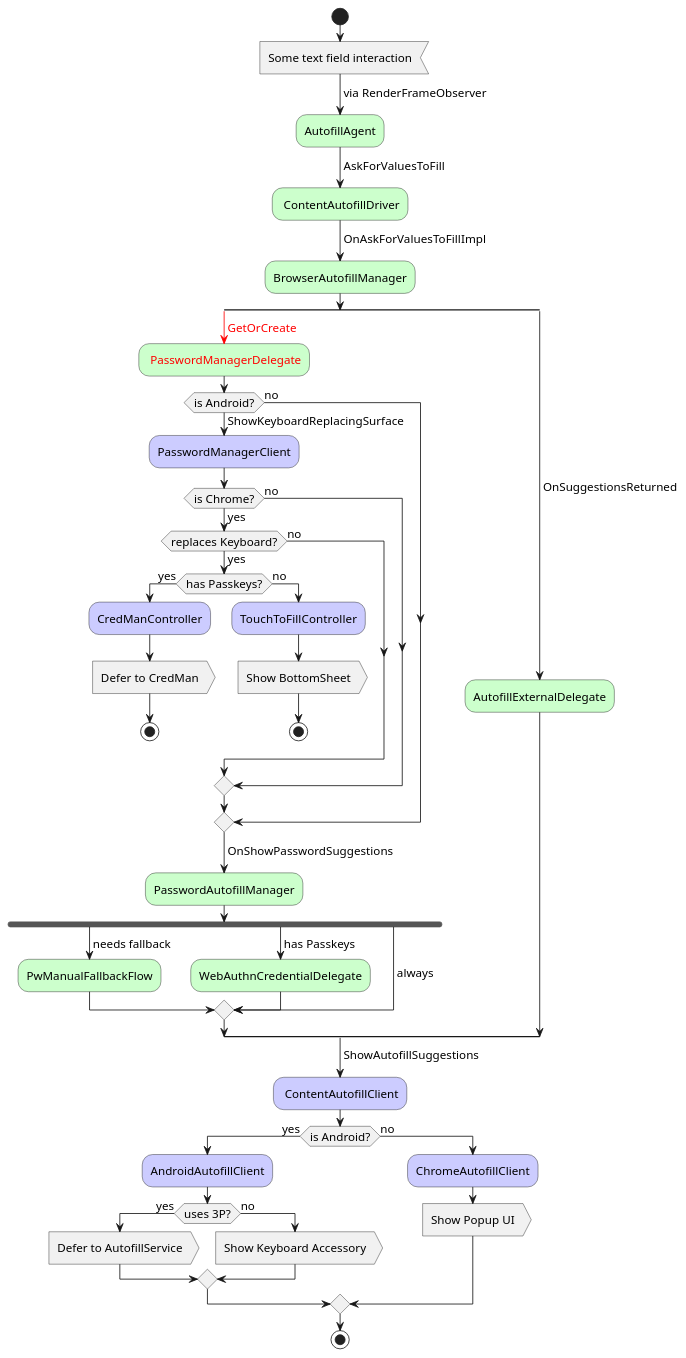
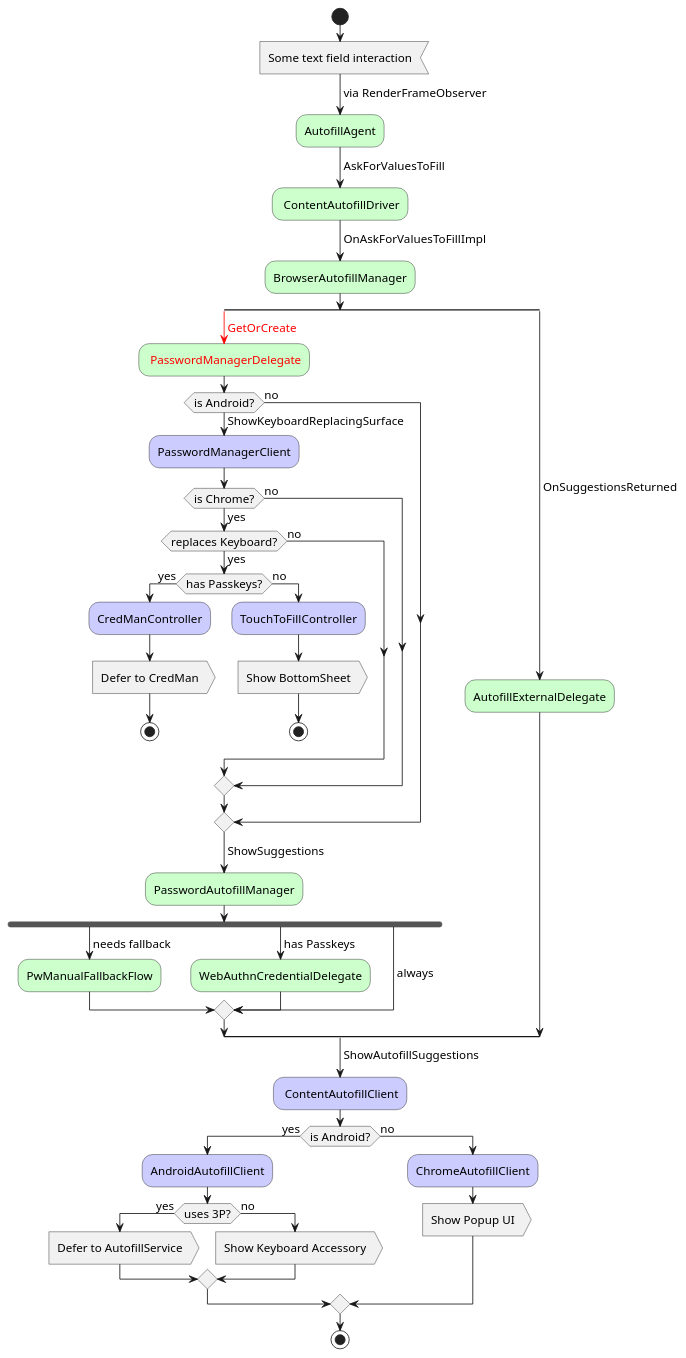
The diagram in components/autofill/core/browser/integrators/README_obj_suggestions.plantuml (benji-cannot-code/fast-vc-chromium-benchmark-run-4), drawn with PlantUML before and after one commit. The commit also changed 3 other files, not shown here.

First line of the commit message:
[Autofill] Merge OnShowPasswordSuggestions into ShowSuggestions

```diff
--- a/components/autofill/core/browser/integrators/README_obj_suggestions.plantuml
+++ b/components/autofill/core/browser/integrators/README_obj_suggestions.plantuml
@@ -14,76 +14,76 @@
 @startuml
 !pragma useVerticalIf on
 start
 <style>
 document {
    BackgroundColor transparent
 }
 activityDiagram {
   FontSize 14
   FontName arial
 }
 skinparam ConditionEndStyle hline
 </style>
 
-:Some text field interaction<
+:Some text field interaction; <<input>>
 -> via RenderFrameObserver;
 #CFC:AutofillAgent;
 -> AskForValuesToFill;
 #CFC: ContentAutofillDriver;
 -> OnAskForValuesToFillImpl;
 #CFC:BrowserAutofillManager;
 split
   -[#F00]-> <color:red>GetOrCreate;
   #CFC: <color:red>PasswordManagerDelegate;
   if (is Android?) then (no)
   else (yes)
     -> ShowKeyboardReplacingSurface;
     #CCF:PasswordManagerClient;
     if (is Chrome?) then (yes)
       if (replaces Keyboard?) then (no)
       else (yes)
         if (has Passkeys?) then (yes)
           #CCF:CredManController;
-          :Defer to CredMan>
+          :Defer to CredMan; <<output>>
           stop
         else (no)
           #CCF:TouchToFillController;
-          :Show BottomSheet>
+          :Show BottomSheet; <<output>>
           stop
         endif
       endif
     else (no)
     endif
   endif
-  -> OnShowPasswordSuggestions;
+  -> ShowSuggestions;
   #CFC:PasswordAutofillManager;
   fork
     -> needs fallback;
     #CFC:PwManualFallbackFlow;
   fork again
     -> has Passkeys;
     #CFC:WebAuthnCredentialDelegate;
   fork again
     -> always;
   end merge
 split again
 -> OnSuggestionsReturned;
 #CFC:AutofillExternalDelegate;
 end split
 -> ShowAutofillSuggestions;
 #CCF: ContentAutofillClient;
 
 if (is Android?) then (yes)
   #CCF:AndroidAutofillClient;
   if (uses 3P?) then (yes)
-    :Defer to AutofillService>
+    :Defer to AutofillService; <<output>>
   else (no)
-    :Show Keyboard Accessory>
+    :Show Keyboard Accessory; <<output>>
   endif
 else (no)
   #CCF:ChromeAutofillClient;
-  :Show Popup UI>
+  :Show Popup UI; <<output>>
 endif
 
 stop
 @enduml
```
